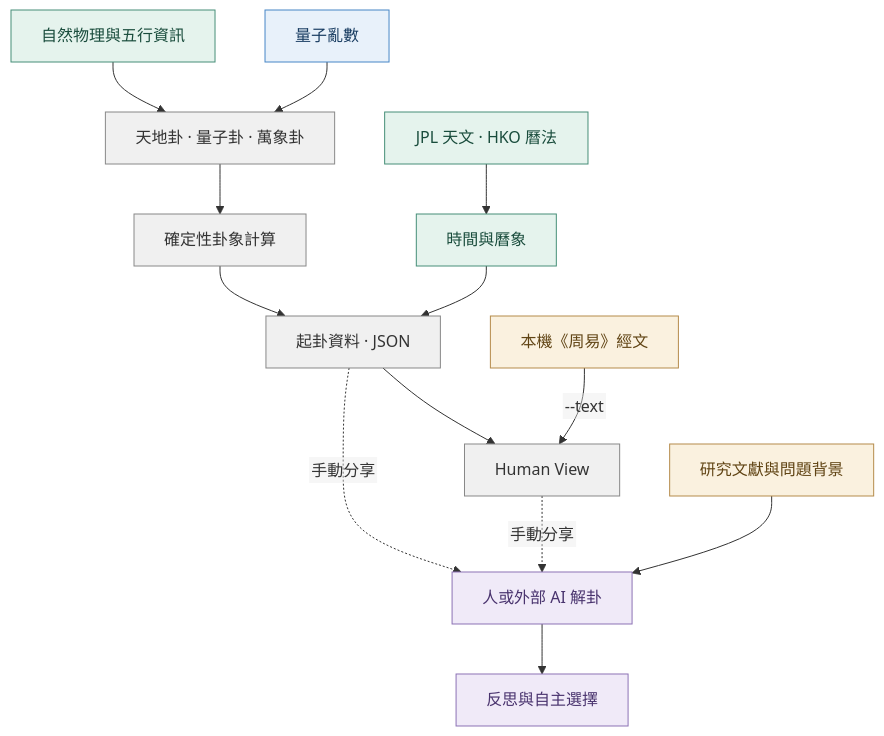
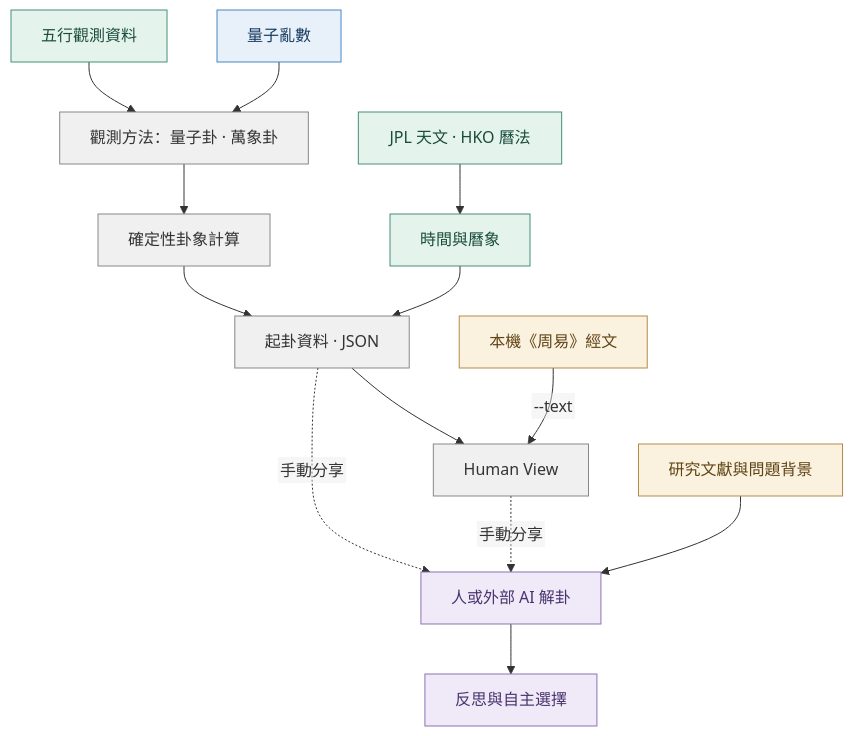
The diagram in README.zh-TW.md (cctsao1008/trng-iching), drawn with Mermaid before and after one commit. The commit also changed other lines of this file and 3 other files, not shown here.

````diff
--- a/README.zh-TW.md
+++ b/README.zh-TW.md
@@ -236,40 +248,40 @@
 ```mermaid
 ---
 config:
   htmlLabels: false
   flowchart:
     htmlLabels: false
     wrappingWidth: 240
 ---
 flowchart TD
-    N["自然物理與五行資訊"] --> M["天地卦 · 量子卦 · 萬象卦"]
+    N["五行觀測資料"] --> M["觀測方法：量子卦 · 萬象卦"]
     Q["量子亂數"] --> M
     M --> H["確定性卦象計算"]
 
     A["JPL 天文 · HKO 曆法"] --> T["時間與曆象"]
 
     H --> R["起卦資料 · JSON"]
     T --> R
 
     R --> V["Human View"]
     Z["本機《周易》經文"] -->|"--text"| V
 
     R -. 手動分享 .-> I["人或外部 AI 解卦"]
     V -. 手動分享 .-> I
 
     S["研究文獻與問題背景"] --> I
 
     I --> O["反思與自主選擇"]
 
     classDef randomness fill:#e8f1fa,stroke:#4786c6,color:#173b60
     classDef science fill:#e5f3ed,stroke:#468e78,color:#194c3c
     classDef record fill:#f0f0f0,stroke:#888,color:#333
     classDef references fill:#faf1df,stroke:#b58b4b,color:#604414
     classDef reflection fill:#f0eaf8,stroke:#8c72b5,color:#49336e
 
     class Q randomness
     class N,A,T science
     class M,H,R,V record
     class Z,S references
     class I,O reflection
 ```
````
